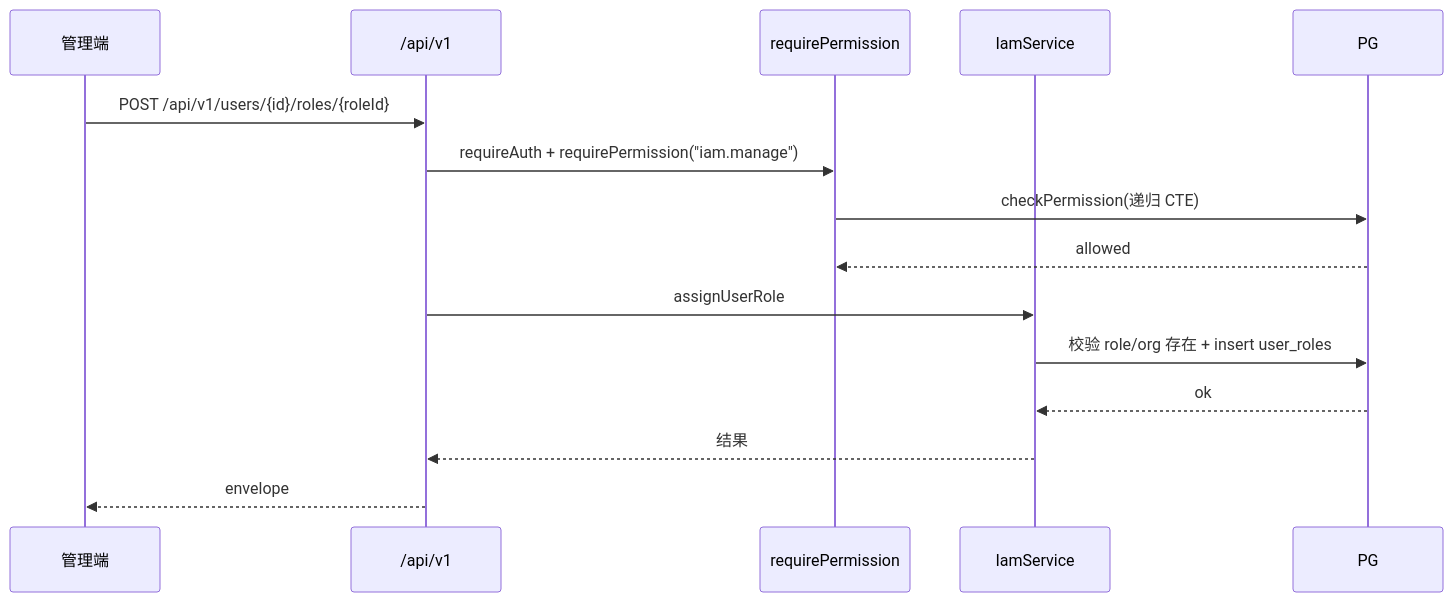
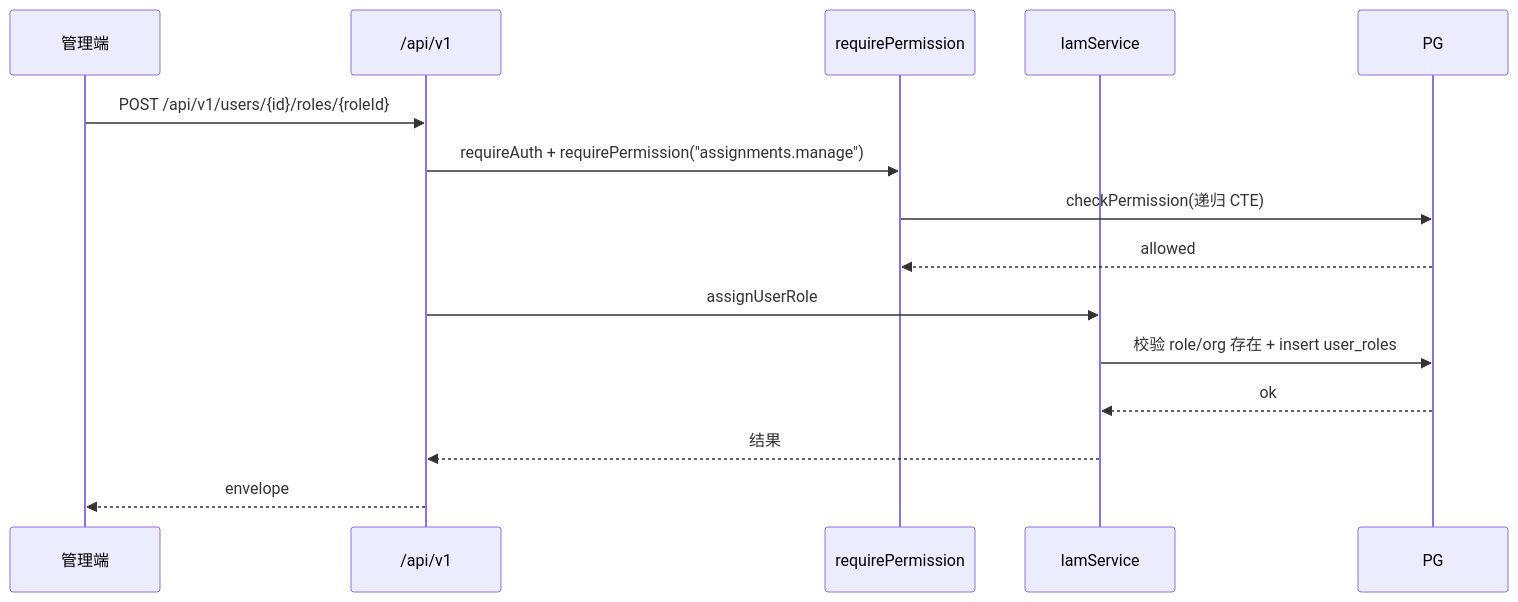
The diagram in docs/features/backend/iam.md (zzwtsy/hono-openapi-starter), drawn with Mermaid before and after one commit. The commit also changed other lines of this file and 16 other files, not shown here.

First line of the commit message:
feat(iam): 拆 iam.manage -> organizations/roles/assignments.manage

````diff
--- a/docs/features/backend/iam.md
+++ b/docs/features/backend/iam.md
@@ -123,18 +125,18 @@
 ```mermaid
 sequenceDiagram
   participant Client as 管理端
   participant API as /api/v1
   participant Auth as requirePermission
   participant Service as IamService
   participant DB as PG
 
   Client->>API: POST /api/v1/users/{id}/roles/{roleId}
-  API->>Auth: requireAuth + requirePermission("iam.manage")
+  API->>Auth: requireAuth + requirePermission("assignments.manage")
   Auth->>DB: checkPermission(递归 CTE)
   DB-->>Auth: allowed
   API->>Service: assignUserRole
   Service->>DB: 校验 role/org 存在 + insert user_roles
   DB-->>Service: ok
   Service-->>API: 结果
   API-->>Client: envelope
 ```
````
